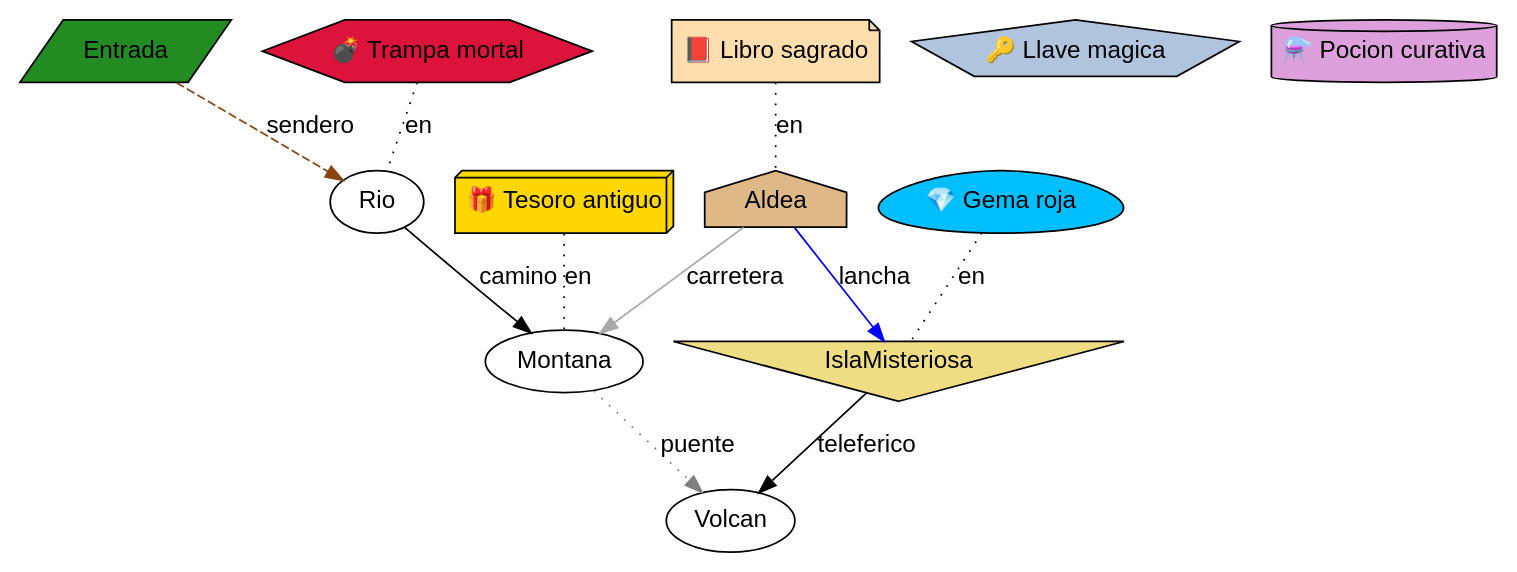
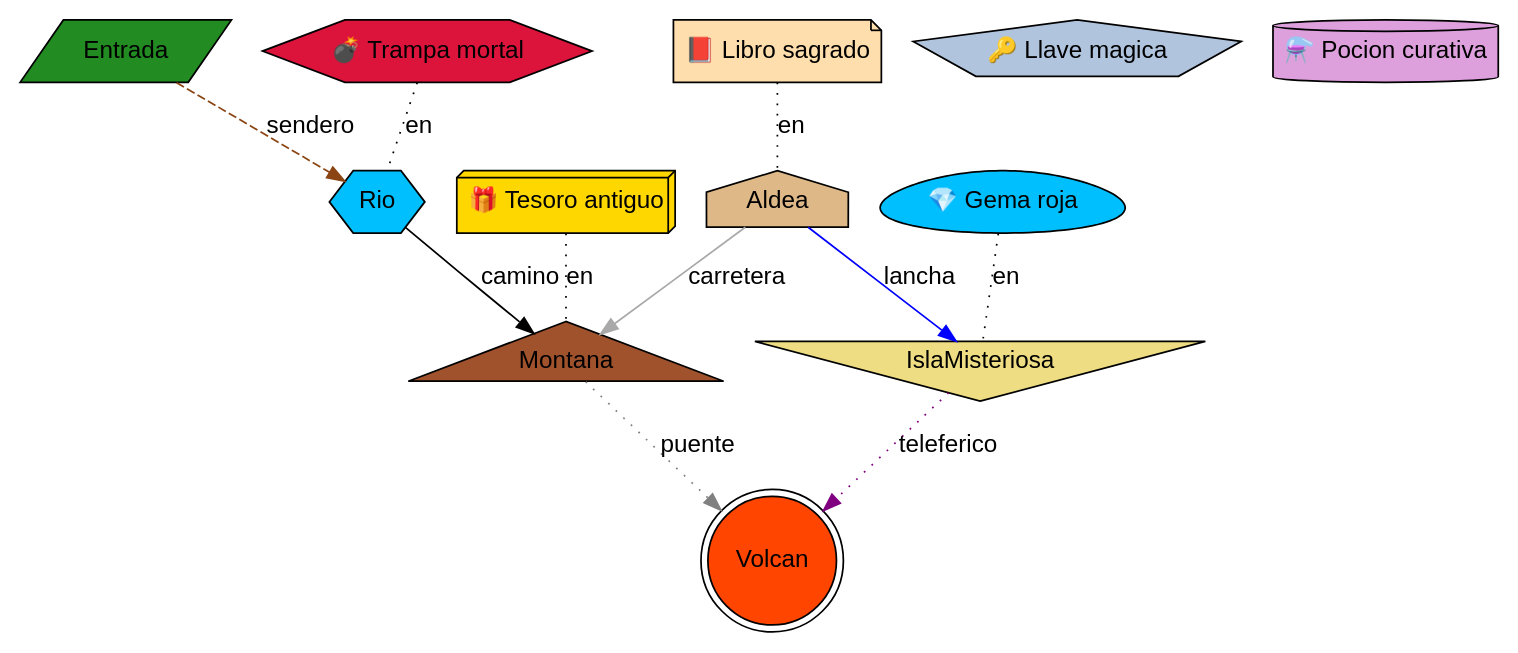
One commit to JoseArt777/-LFP-202100305- changed the diagram in Proyecto2/Proyecto 2V2/Main/temp_Aventura_en_la_Jungla.dot. Above: the diagram before and after it, drawn with Graphviz. The commit also changed 7 other files, not shown here.

```diff
--- a/Proyecto2/Proyecto 2V2/Main/temp_Aventura_en_la_Jungla.dot
+++ b/Proyecto2/Proyecto 2V2/Main/temp_Aventura_en_la_Jungla.dot
@@ -1,36 +1,36 @@
 digraph "Aventura en la Jungla" {
   // Configuración general
   graph [fontname="Arial", rankdir=TB, overlap=false, splines=true];
   node [fontname="Arial", style=filled];
   edge [fontname="Arial"];
 
   // Lugares
   "Entrada" [shape=parallelogram, fillcolor="forestgreen", label="Entrada", pos="0,0!"];
-  "Rio" [shape=ellipse, fillcolor="white", label="Rio", pos="1,2!"];
-  "Montana" [shape=ellipse, fillcolor="white", label="Montana", pos="3,1!"];
-  "Volcan" [shape=ellipse, fillcolor="white", label="Volcan", pos="5,2!"];
+  "Rio" [shape=hexagon, fillcolor="deepskyblue", label="Rio", pos="1,2!"];
+  "Montana" [shape=triangle, fillcolor="sienna", label="Montana", pos="3,1!"];
+  "Volcan" [shape=doublecircle, fillcolor="orangered", label="Volcan", pos="5,2!"];
   "Aldea" [shape=house, fillcolor="burlywood", label="Aldea", pos="2,3!"];
   "IslaMisteriosa" [shape=invtriangle, fillcolor="lightgoldenrod", label="IslaMisteriosa", pos="4,0!"];
 
   // Objetos en coordenadas específicas
   "obj_Llave_magica" [shape=pentagon, fillcolor="lightsteelblue", label="🔑 Llave magica", pos="3,2!"];
   "obj_Pocion_curativa" [shape=cylinder, fillcolor="plum", label="⚗️ Pocion curativa", pos="1,1!"];
 
   // Objetos en lugares
   "obj_Tesoro_antiguo" [shape=box3d, fillcolor="gold", label="🎁 Tesoro antiguo"];
   "obj_Tesoro_antiguo" -> "Montana" [label="en", dir=none, style=dotted];
   "obj_Libro_sagrado" [shape=note, fillcolor="navajowhite", label="📕 Libro sagrado"];
   "obj_Libro_sagrado" -> "Aldea" [label="en", dir=none, style=dotted];
   "obj_Trampa_mortal" [shape=hexagon, fillcolor="crimson", label="💣 Trampa mortal"];
   "obj_Trampa_mortal" -> "Rio" [label="en", dir=none, style=dotted];
   "obj_Gema_roja" [shape=egg, fillcolor="deepskyblue", label="💎 Gema roja"];
   "obj_Gema_roja" -> "IslaMisteriosa" [label="en", dir=none, style=dotted];
 
   // Conexiones entre lugares
   "Entrada" -> "Rio" [label="sendero", color="saddlebrown", style=dashed];
   "Rio" -> "Montana" [label="camino", color="black", style=solid];
   "Montana" -> "Volcan" [label="puente", color="gray", style=dotted];
   "Aldea" -> "Montana" [label="carretera", color="darkgray", style=solid];
   "Aldea" -> "IslaMisteriosa" [label="lancha", color="blue", style=solid];
-  "IslaMisteriosa" -> "Volcan" [label="teleferico", color="black", style=solid];
+  "IslaMisteriosa" -> "Volcan" [label="teleferico", color="purple", style=dotted];
 }
```
